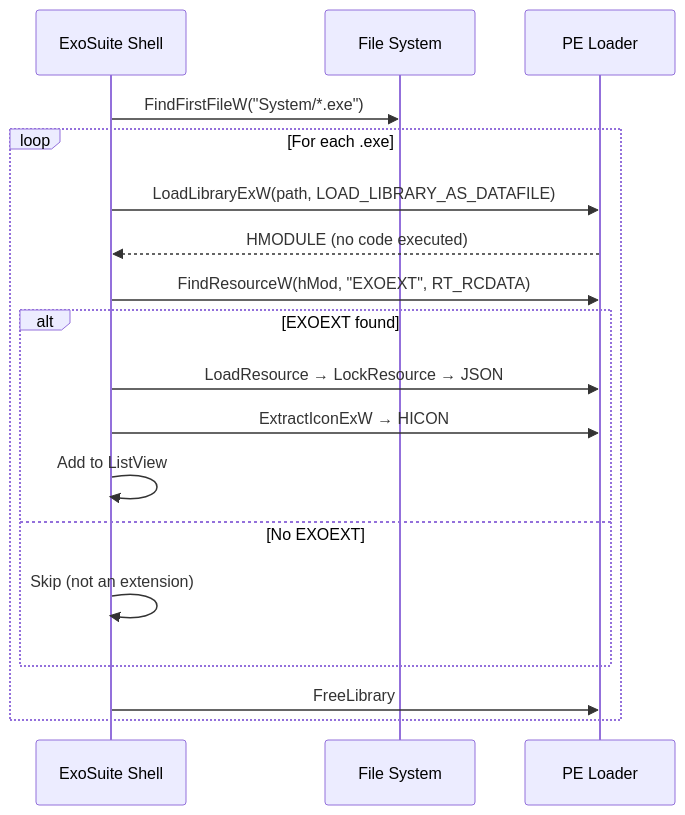
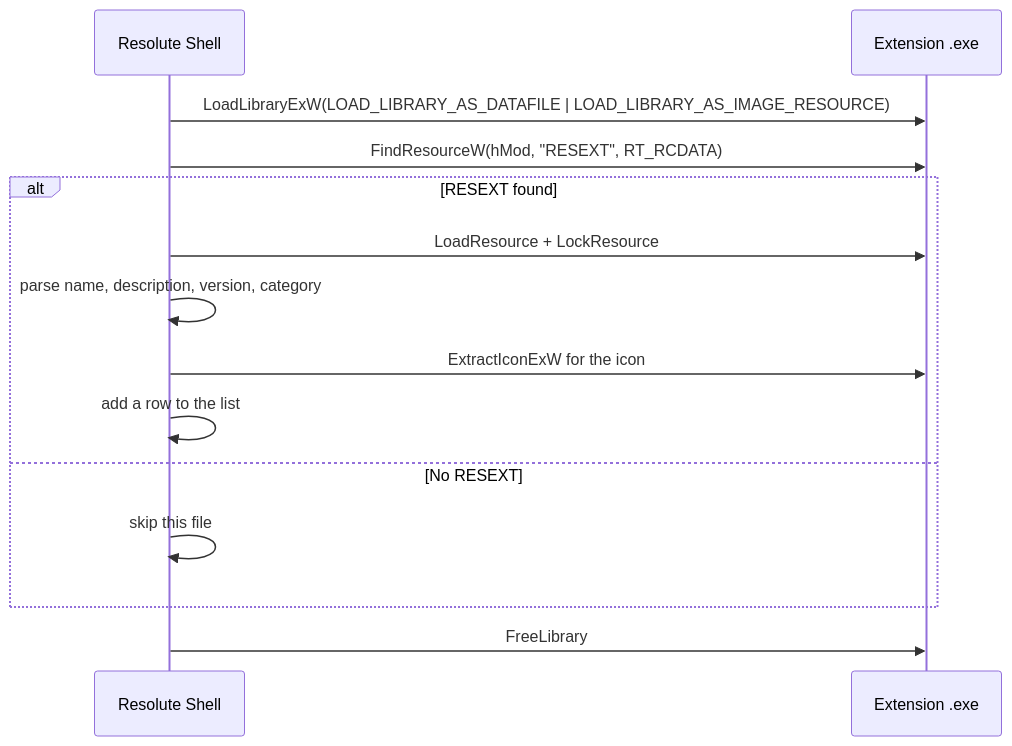
One commit to rizonesoft/Resolute changed the diagram in docs/extensions.md. Above: the diagram before and after it, drawn with Mermaid. The commit also changed other lines of this file and 8 other files, not shown here.

````diff
--- a/docs/extensions.md
+++ b/docs/extensions.md
@@ -22,21 +22,17 @@
 ```mermaid
 sequenceDiagram
-    participant Shell as ExoSuite Shell
-    participant FS as File System
-    participant PE as PE Loader
+    participant Shell as Resolute Shell
+    participant PE as Extension .exe
 
-    Shell->>FS: FindFirstFileW("System/*.exe")
-    loop For each .exe
-        Shell->>PE: LoadLibraryExW(path, LOAD_LIBRARY_AS_DATAFILE)
-        PE-->>Shell: HMODULE (no code executed)
-        Shell->>PE: FindResourceW(hMod, "EXOEXT", RT_RCDATA)
-        alt EXOEXT found
-            Shell->>PE: LoadResource → LockResource → JSON
-            Shell->>PE: ExtractIconExW → HICON
-            Shell->>Shell: Add to ListView
-        else No EXOEXT
-            Shell->>Shell: Skip (not an extension)
-        end
-        Shell->>PE: FreeLibrary
+    Shell->>PE: LoadLibraryExW(LOAD_LIBRARY_AS_DATAFILE | LOAD_LIBRARY_AS_IMAGE_RESOURCE)
+    Shell->>PE: FindResourceW(hMod, "RESEXT", RT_RCDATA)
+    alt RESEXT found
+        Shell->>PE: LoadResource + LockResource
+        Shell->>Shell: parse name, description, version, category
+        Shell->>PE: ExtractIconExW for the icon
+        Shell->>Shell: add a row to the list
+    else No RESEXT
+        Shell->>Shell: skip this file
     end
+    Shell->>PE: FreeLibrary
 ```
````
